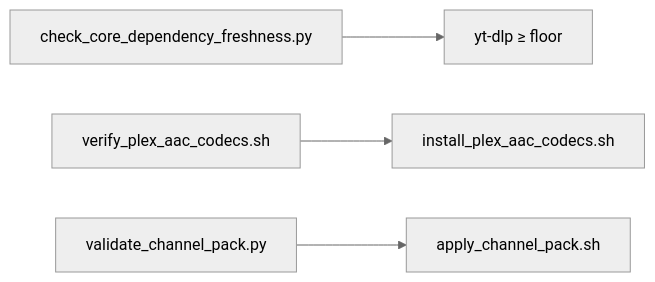
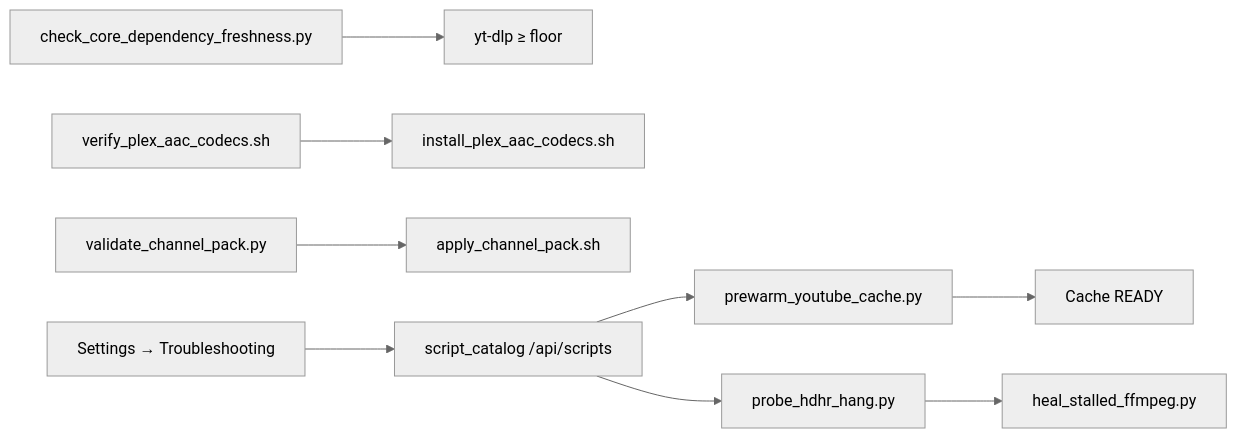
Before and after one commit to roto31/StreamTV: the diagram in docs/wiki/Scripts-and-Tools.md, drawn with Mermaid (neutral theme). The commit also changed other lines of this file and 18 other files, not shown here.

````diff
--- a/docs/wiki/Scripts-and-Tools.md
+++ b/docs/wiki/Scripts-and-Tools.md
@@ -20,6 +33,11 @@
 ```mermaid
 flowchart LR
   Fresh["check_core_dependency_freshness.py"] --> YT["yt-dlp ≥ floor"]
   AAC["verify_plex_aac_codecs.sh"] --> Install["install_plex_aac_codecs.sh"]
   Pack["validate_channel_pack.py"] --> Apply["apply_channel_pack.sh"]
+  Prewarm["prewarm_youtube_cache.py"] --> Ready["Cache READY"]
+  Probe["probe_hdhr_hang.py"] --> Heal["heal_stalled_ffmpeg.py"]
+  UI["Settings → Troubleshooting"] --> Catalog["script_catalog /api/scripts"]
+  Catalog --> Prewarm
+  Catalog --> Probe
 ```
````
